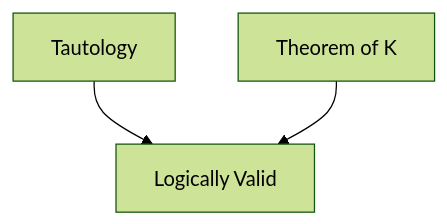
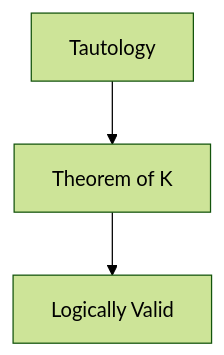
One commit to zeroDtree/zeroDtree.github.io changed the diagram in content/数理逻辑/一阶逻辑演算.md. Above: the diagram before and after it, drawn with Mermaid (forest theme). The commit also changed 2 other files, not shown here.

Commit message:
Quartz sync: Sep 18, 2025, 12:03 AM

````diff
--- a/content/数理逻辑/一阶逻辑演算.md
+++ b/content/数理逻辑/一阶逻辑演算.md
@@ -39,5 +39,5 @@
 ```mermaid
 graph TD
-A[Tautology] --> B[Logically Valid]
-C[Theorem of K] --> B
+A[Tautology] --> C[Theorem of K]
+C[Theorem of K] --> B[Logically Valid]
 ```
````
